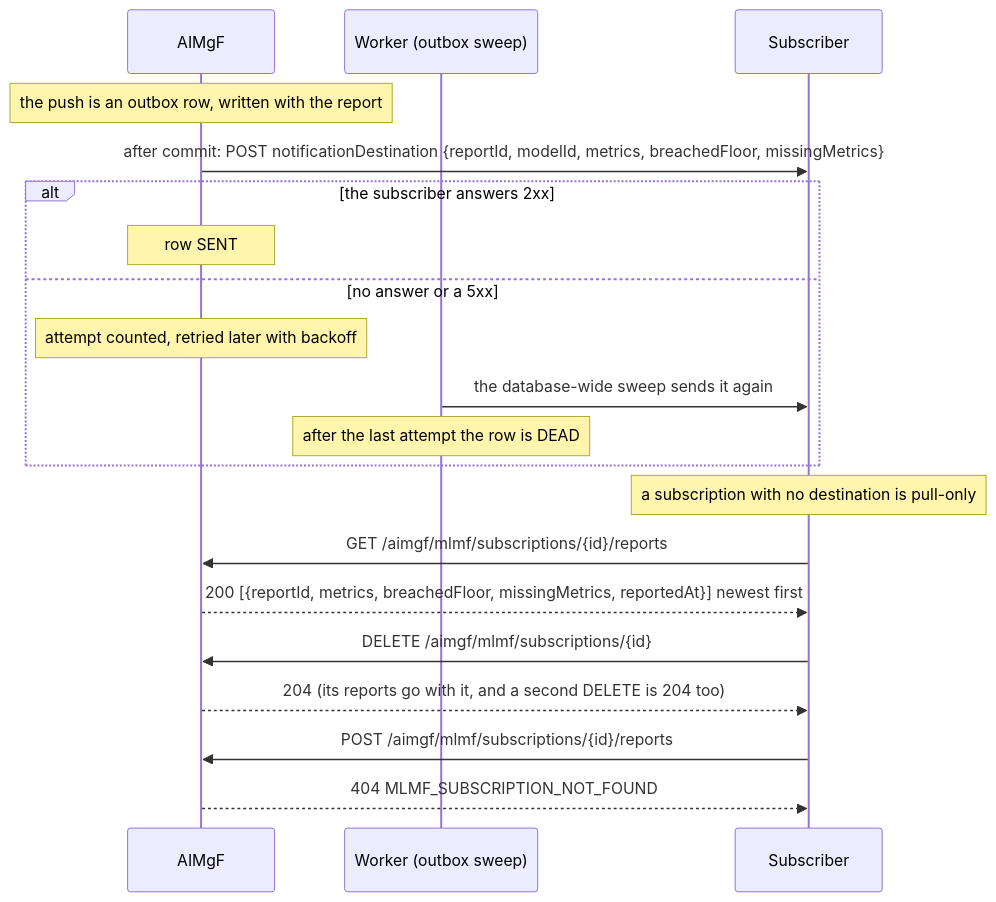
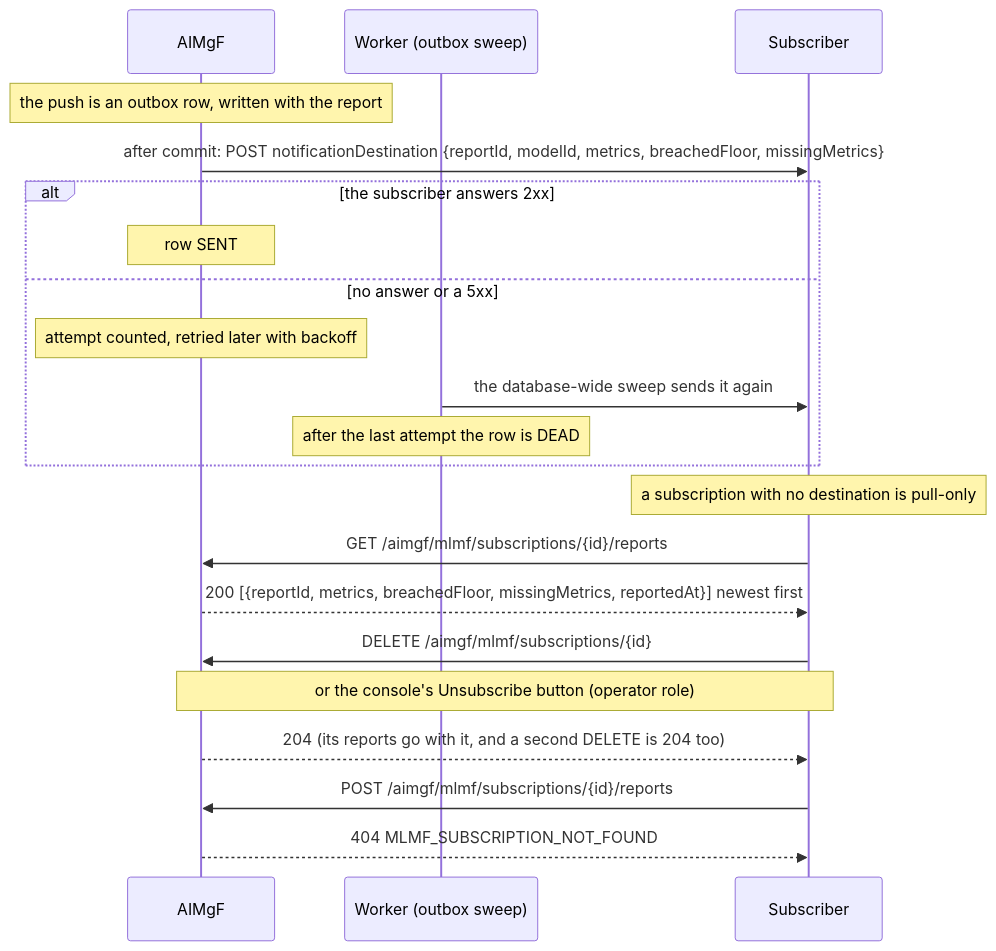
One commit to rsys-bshankar/ai-ran-smo changed the fourth of 4 diagrams in smo/docs/call-flows/13-mlmf-subscription-lifecycle.md. Above: the diagram before and after it, drawn with Mermaid. The commit also changed other lines of this file and 19 other files, not shown here.

First line of the commit message:
GUI-RBAC-GAPS decided route by route; the MLMF Unsubscribe button works

````diff
--- a/smo/docs/call-flows/13-mlmf-subscription-lifecycle.md
+++ b/smo/docs/call-flows/13-mlmf-subscription-lifecycle.md
@@ -111,25 +112,26 @@
 ```mermaid
 sequenceDiagram
     participant AIM as AIMgF
     participant W as Worker (outbox sweep)
     participant S as Subscriber
 
     Note over AIM: the push is an outbox row, written with the report
     AIM->>S: after commit: POST notificationDestination {reportId, modelId, metrics, breachedFloor, missingMetrics}
     alt the subscriber answers 2xx
         Note over AIM: row SENT
     else no answer or a 5xx
         Note over AIM: attempt counted, retried later with backoff
         W->>S: the database-wide sweep sends it again
         Note over W: after the last attempt the row is DEAD
     end
 
     Note over S: a subscription with no destination is pull-only
     S->>AIM: GET /aimgf/mlmf/subscriptions/{id}/reports
     AIM-->>S: 200 [{reportId, metrics, breachedFloor, missingMetrics, reportedAt}] newest first
 
     S->>AIM: DELETE /aimgf/mlmf/subscriptions/{id}
+    Note over S,AIM: or the console's Unsubscribe button (operator role)
     AIM-->>S: 204 (its reports go with it, and a second DELETE is 204 too)
     S->>AIM: POST /aimgf/mlmf/subscriptions/{id}/reports
     AIM-->>S: 404 MLMF_SUBSCRIPTION_NOT_FOUND
 ```
````
